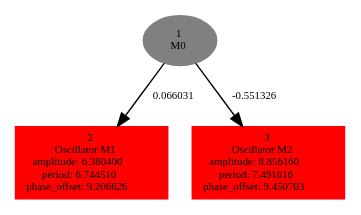
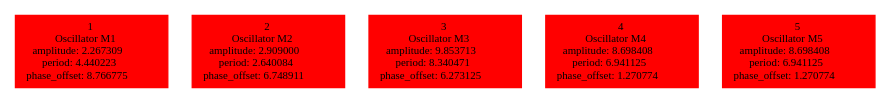
Before and after one commit to karinemiras/l-system: the diagram in experiments/locomotion1/offspringpop1/tempbrain.dot, drawn with Graphviz. The commit also changed 390 other files, not shown here.

```diff
--- a/experiments/locomotion1/offspringpop1/tempbrain.dot
+++ b/experiments/locomotion1/offspringpop1/tempbrain.dot
@@ -1,7 +1,7 @@
  digraph g{ forcelabels=true;
-1[label=<1<BR/>M0>,color="grey",style=filled,fontsize=8];
-2 [label=<2<BR />Oscillator M1<BR /> amplitude: 6.380400<BR /> period: 6.744510<BR /> phase_offset: 9.206626>, shape=box,color=red,style=filled,fontsize=8];
-3 [label=<3<BR />Oscillator M2<BR /> amplitude: 8.856160<BR /> period: 7.491616<BR /> phase_offset: 9.450703>, shape=box,color=red,style=filled,fontsize=8];
-1 -> 2[label="0.066031 ",fontsize="8"];
-1 -> 3[label="-0.551326 ",fontsize="8"];
+1 [label=<1<BR />Oscillator M1<BR /> amplitude: 2.267309<BR /> period: 4.440223<BR /> phase_offset: 8.766775>, shape=box,color=red,style=filled,fontsize=8];
+2 [label=<2<BR />Oscillator M2<BR /> amplitude: 2.909000<BR /> period: 2.640084<BR /> phase_offset: 6.748911>, shape=box,color=red,style=filled,fontsize=8];
+3 [label=<3<BR />Oscillator M3<BR /> amplitude: 9.853713<BR /> period: 8.340471<BR /> phase_offset: 6.273125>, shape=box,color=red,style=filled,fontsize=8];
+4 [label=<4<BR />Oscillator M4<BR /> amplitude: 8.698408<BR /> period: 6.941125<BR /> phase_offset: 1.270774>, shape=box,color=red,style=filled,fontsize=8];
+5 [label=<5<BR />Oscillator M5<BR /> amplitude: 8.698408<BR /> period: 6.941125<BR /> phase_offset: 1.270774>, shape=box,color=red,style=filled,fontsize=8];
  }
```
